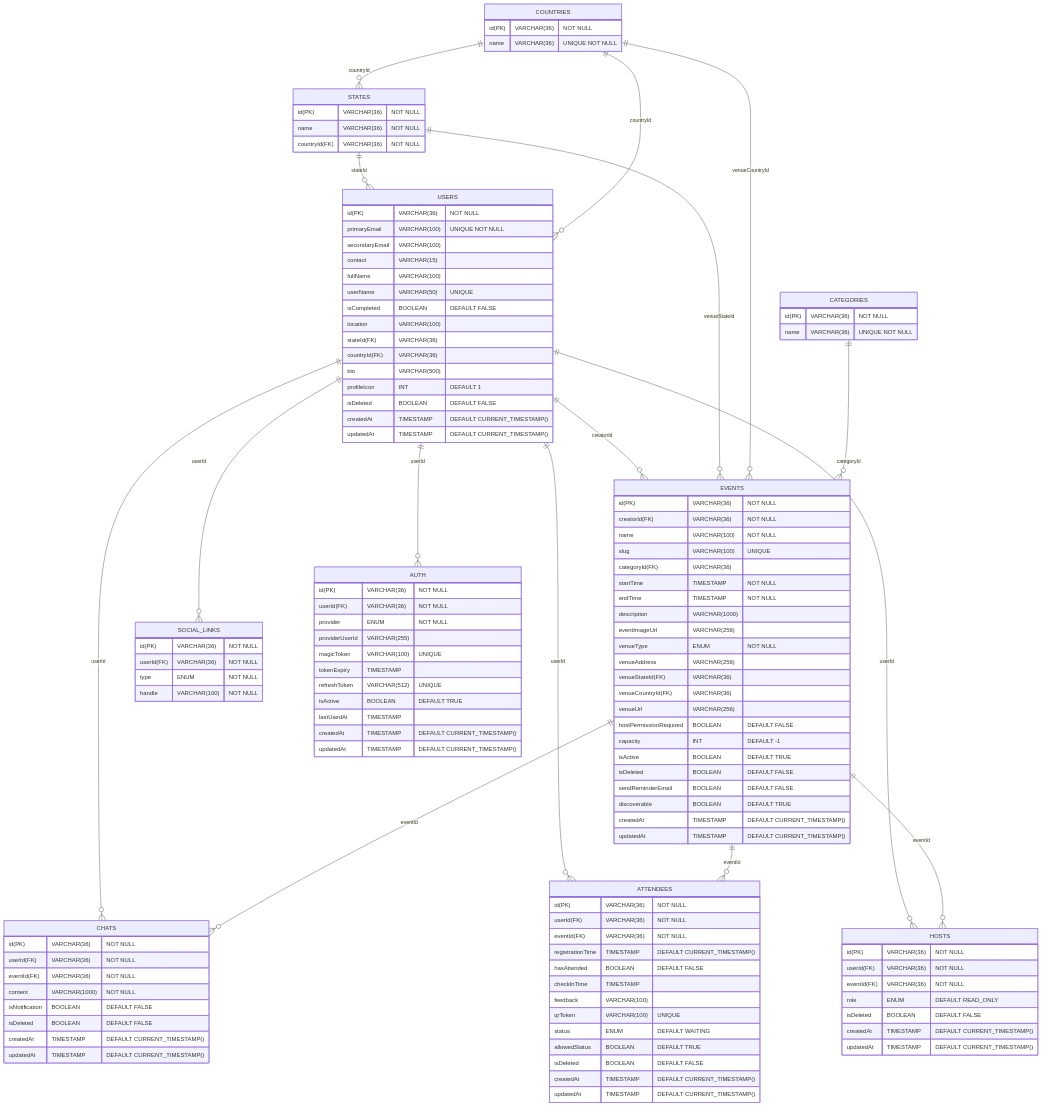
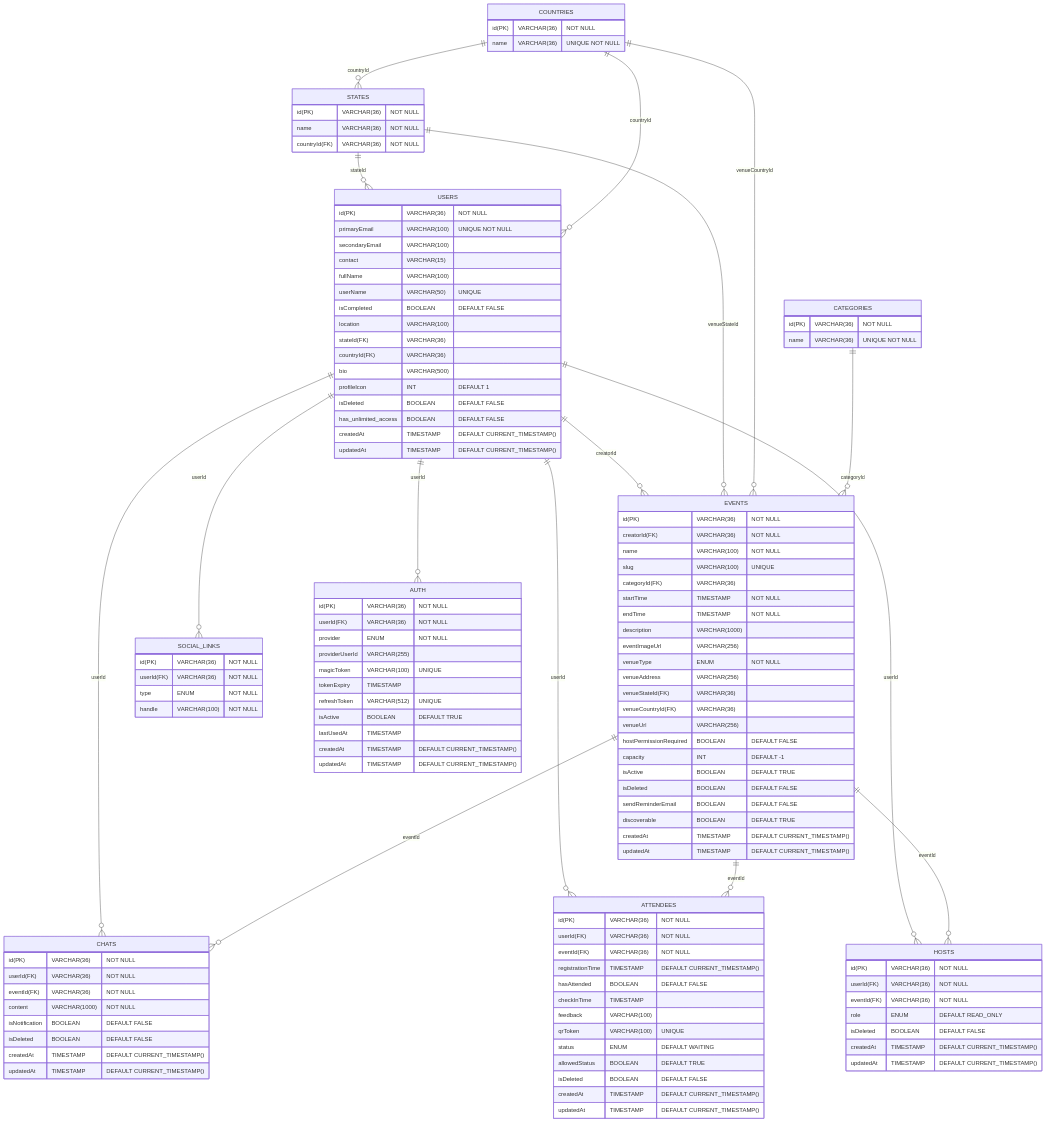
The second of 3 diagrams in docs/tech/TDD.md (msudharsandev/RSVP-2), drawn with Mermaid before and after one commit. The commit also changed other lines of this file and 5 other files, not shown here.

First line of the commit message:
feat: add user `has_unlimited_access` toggle (#734)

```diff
--- a/docs/tech/TDD.md
+++ b/docs/tech/TDD.md
@@ -244,6 +244,7 @@
     bio VARCHAR(500)
     profileIcon INT "DEFAULT 1"
     isDeleted BOOLEAN "DEFAULT FALSE"
+    has_unlimited_access BOOLEAN "DEFAULT FALSE"
     createdAt TIMESTAMP "DEFAULT CURRENT_TIMESTAMP()"
     updatedAt TIMESTAMP "DEFAULT CURRENT_TIMESTAMP()"
   }
```
